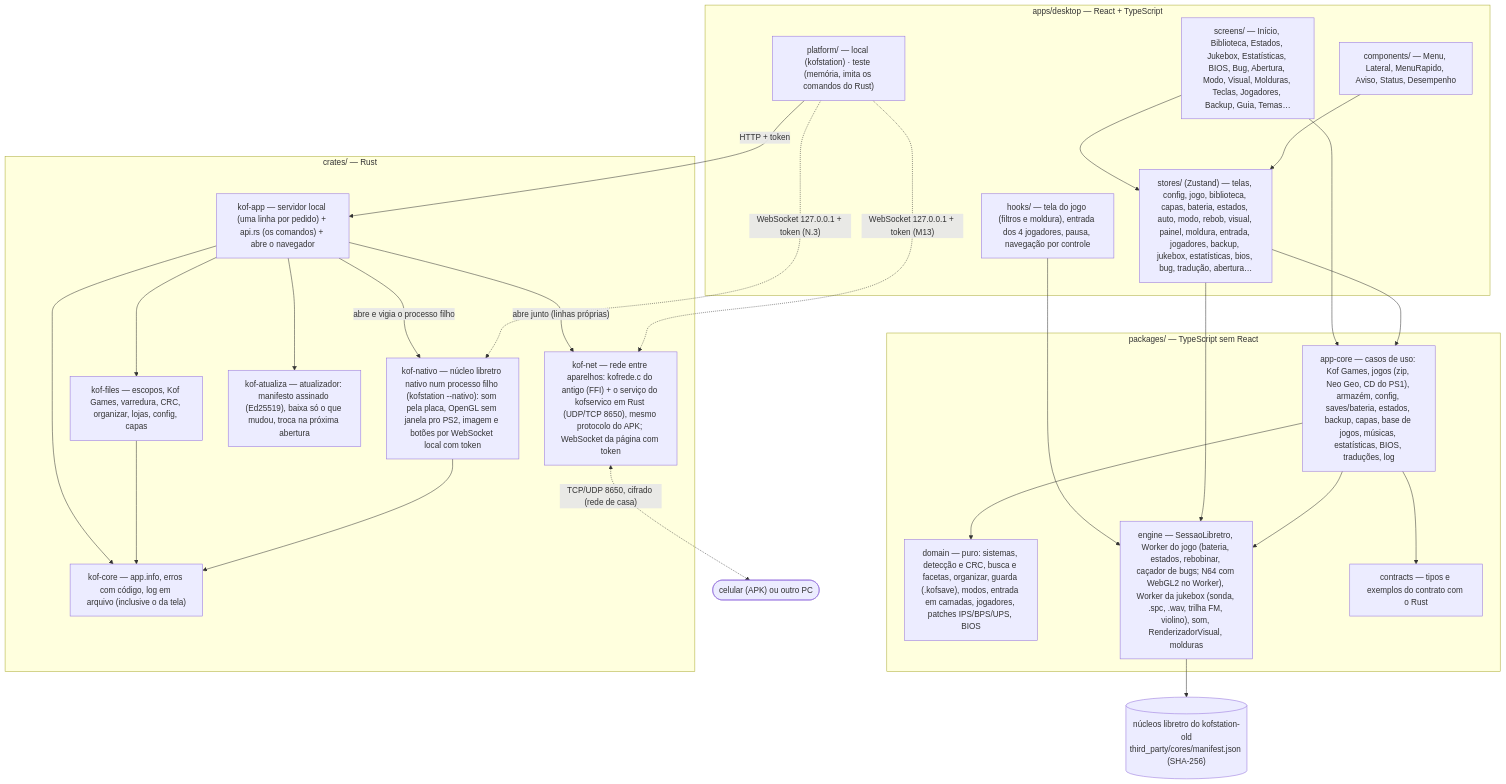
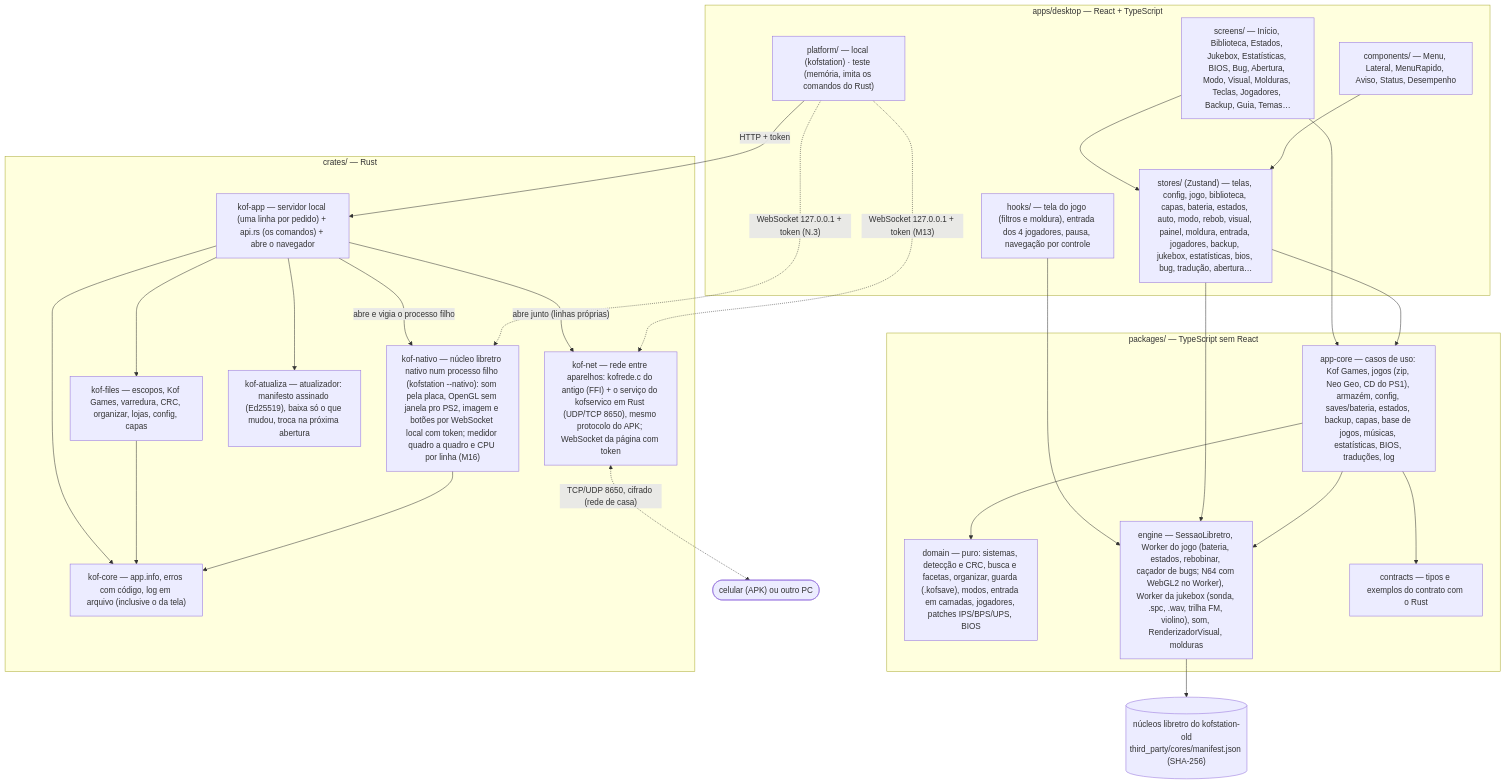
The second of 3 diagrams in README.md (Marcelao98/KOFstation), drawn with Mermaid before and after one commit. The commit also changed other lines of this file and 30 other files, not shown here.

````diff
--- a/README.md
+++ b/README.md
@@ -47,47 +47,47 @@
 ```mermaid
 flowchart TB
   subgraph DESK["apps/desktop — React + TypeScript"]
     SC["screens/ — Início, Biblioteca, Estados, Jukebox, Estatísticas, BIOS, Bug, Abertura, Modo, Visual, Molduras, Teclas, Jogadores, Backup, Guia, Temas…"]
     CO["components/ — Menu, Lateral, MenuRapido, Aviso, Status, Desempenho"]
     HK["hooks/ — tela do jogo (filtros e moldura), entrada dos 4 jogadores, pausa, navegação por controle"]
     ST["stores/ (Zustand) — telas, config, jogo, biblioteca, capas, bateria, estados, auto, modo, rebob, visual, painel, moldura, entrada, jogadores, backup, jukebox, estatísticas, bios, bug, tradução, abertura…"]
     PL["platform/ — local (kofstation) · teste (memória, imita os comandos do Rust)"]
   end
   subgraph PKG["packages/ — TypeScript sem React"]
     AC["app-core — casos de uso: Kof Games, jogos (zip, Neo Geo, CD do PS1), armazém, config, saves/bateria, estados, backup, capas, base de jogos, músicas, estatísticas, BIOS, traduções, log"]
     DO["domain — puro: sistemas, detecção e CRC, busca e facetas, organizar, guarda (.kofsave), modos, entrada em camadas, jogadores, patches IPS/BPS/UPS, BIOS"]
     EN["engine — SessaoLibretro, Worker do jogo (bateria, estados, rebobinar, caçador de bugs; N64 com WebGL2 no Worker), Worker da jukebox (sonda, .spc, .wav, trilha FM, violino), som, RenderizadorVisual, molduras"]
     CT["contracts — tipos e exemplos do contrato com o Rust"]
   end
   subgraph RS["crates/ — Rust"]
     KA["kof-app — servidor local (uma linha por pedido) + api.rs (os comandos) + abre o navegador"]
     KF["kof-files — escopos, Kof Games, varredura, CRC, organizar, lojas, config, capas"]
     KC["kof-core — app.info, erros com código, log em arquivo (inclusive o da tela)"]
-    KN["kof-nativo — núcleo libretro nativo num processo filho (kofstation --nativo): som pela placa, OpenGL sem janela pro PS2, imagem e botões por WebSocket local com token"]
+    KN["kof-nativo — núcleo libretro nativo num processo filho (kofstation --nativo): som pela placa, OpenGL sem janela pro PS2, imagem e botões por WebSocket local com token; medidor quadro a quadro e CPU por linha (M16)"]
     KU["kof-atualiza — atualizador: manifesto assinado (Ed25519), baixa só o que mudou, troca na próxima abertura"]
     KR["kof-net — rede entre aparelhos: kofrede.c do antigo (FFI) + o serviço do kofservico em Rust (UDP/TCP 8650), mesmo protocolo do APK; WebSocket da página com token"]
   end
   NU[("núcleos libretro do kofstation-old<br/>third_party/cores/manifest.json (SHA-256)")]
 
   SC --> AC
   SC --> ST
   CO --> ST
   HK --> EN
   ST --> AC
   ST --> EN
   AC --> DO
   AC --> EN
   AC --> CT
   PL -->|"HTTP + token"| KA
   KA --> KF
   KA --> KC
   KF --> KC
   KA -->|"abre e vigia o processo filho"| KN
   KN --> KC
   KA --> KU
   KA -->|"abre junto (linhas próprias)"| KR
   PL -.->|"WebSocket 127.0.0.1 + token (M13)"| KR
   KR <-.->|"TCP/UDP 8650, cifrado (rede de casa)"| CEL(["celular (APK) ou outro PC"])
   PL -.->|"WebSocket 127.0.0.1 + token (N.3)"| KN
   EN --> NU
 ```
````
